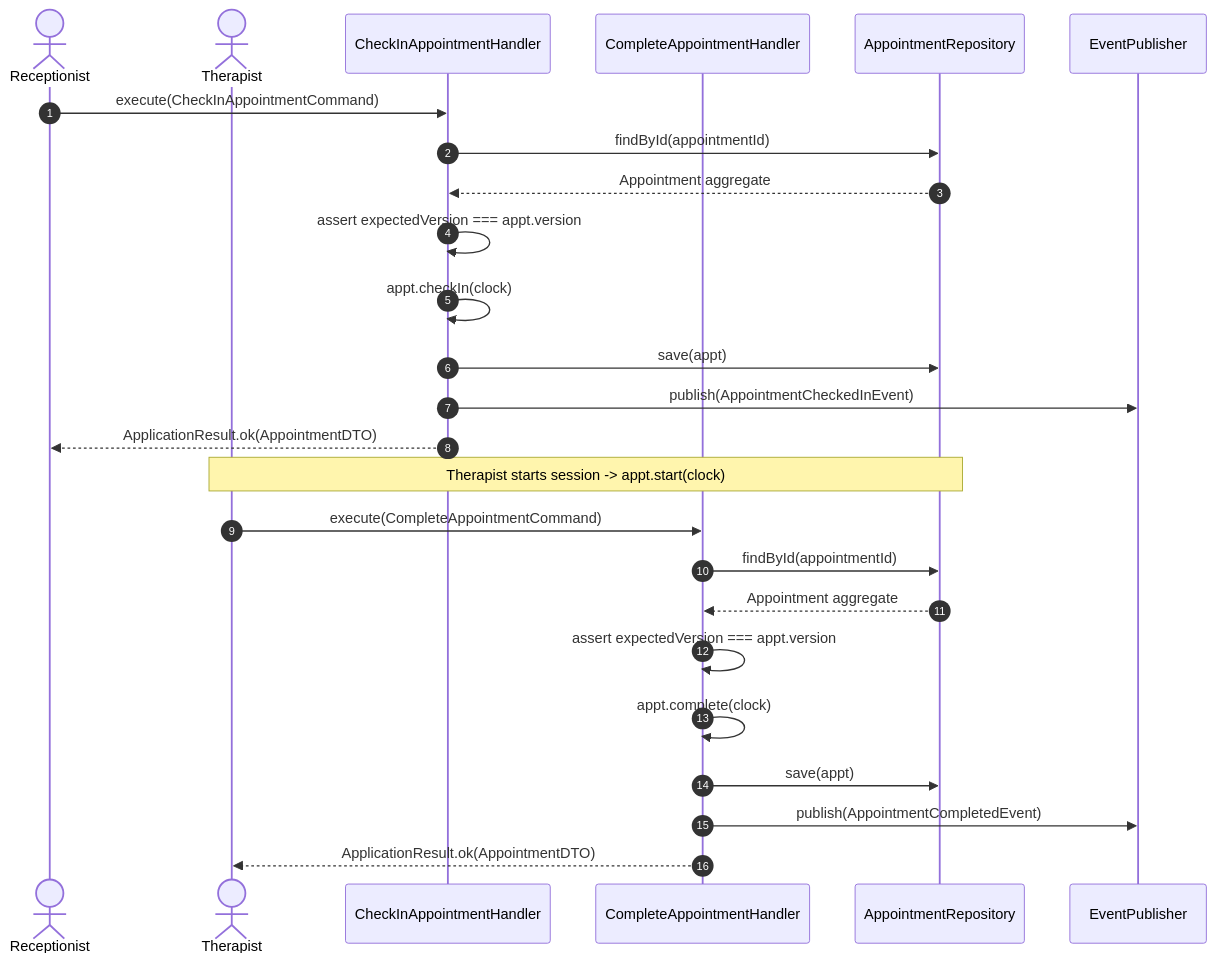
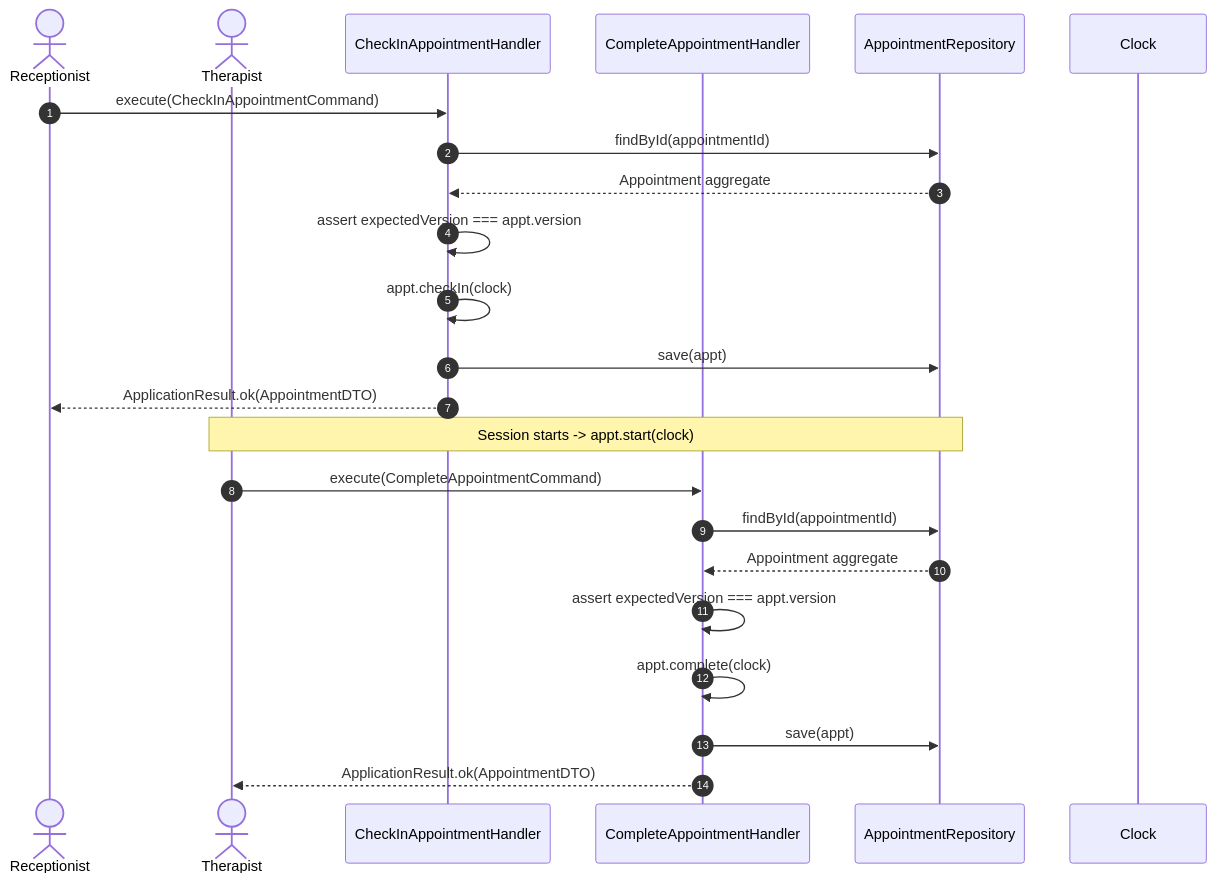
The second of 3 diagrams in docs/scheduling/sequence-diagrams.md (izzydin/kinergy-platform), drawn with Mermaid before and after one commit. The commit also changed other lines of this file and 9 other files, not shown here.

````diff
--- a/docs/scheduling/sequence-diagrams.md
+++ b/docs/scheduling/sequence-diagrams.md
@@ -45,30 +60,28 @@
 ```mermaid
 sequenceDiagram
     autonumber
     actor Receptionist
     actor Therapist
     participant CheckInH as CheckInAppointmentHandler
     participant CompleteH as CompleteAppointmentHandler
     participant ApptRepo as AppointmentRepository
-    participant EventBus as EventPublisher
+    participant Clock as Clock
 
     Receptionist->>CheckInH: execute(CheckInAppointmentCommand)
     CheckInH->>ApptRepo: findById(appointmentId)
     ApptRepo-->>CheckInH: Appointment aggregate
     CheckInH->>CheckInH: assert expectedVersion === appt.version
     CheckInH->>CheckInH: appt.checkIn(clock)
     CheckInH->>ApptRepo: save(appt)
-    CheckInH->>EventBus: publish(AppointmentCheckedInEvent)
     CheckInH-->>Receptionist: ApplicationResult.ok(AppointmentDTO)
 
-    Note over Therapist, ApptRepo: Therapist starts session -> appt.start(clock)
+    Note over Therapist, ApptRepo: Session starts -> appt.start(clock)
 
     Therapist->>CompleteH: execute(CompleteAppointmentCommand)
     CompleteH->>ApptRepo: findById(appointmentId)
     ApptRepo-->>CompleteH: Appointment aggregate
     CompleteH->>CompleteH: assert expectedVersion === appt.version
     CompleteH->>CompleteH: appt.complete(clock)
     CompleteH->>ApptRepo: save(appt)
-    CompleteH->>EventBus: publish(AppointmentCompletedEvent)
     CompleteH-->>Therapist: ApplicationResult.ok(AppointmentDTO)
 ```
````
